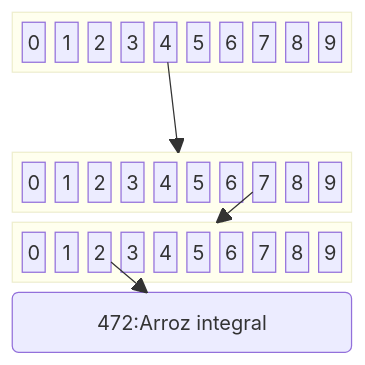
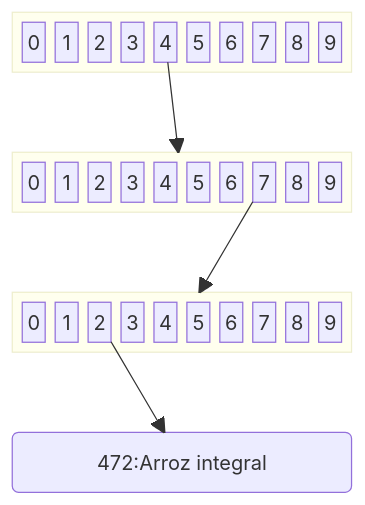
One commit to BenhurUFSM/pod26b changed the first of 2 diagrams in Assuntos/busca-trie.md. Above: the diagram before and after it, drawn with Mermaid. The commit also changed other lines of this file, not shown here.

````diff
--- a/Assuntos/busca-trie.md
+++ b/Assuntos/busca-trie.md
@@ -11,12 +11,14 @@
 ```mermaid
 block
 columns 1
   block:raiz  r0["0"] r1["1"] r2["2"] r3["3"] r4["4"] r5["5"] r6["6"] r7["7"] r8["8"] r9["9"] end
   space
   block:4   4b0["0"] 4b1["1"] 4b2["2"] 4b3["3"] 4b4["4"] 4b5["5"] 4b6["6"] 4b7["7"] 4b8["8"] 4b9["9"] end
+  space
   block:47   47b0["0"] 47b1["1"] 47b2["2"] 47b3["3"] 47b4["4"] 47b5["5"] 47b6["6"] 47b7["7"] 47b8["8"] 47b9["9"] end
+  space
   472("472:Arroz integral")
   r4 --> 4
   4b7 --> 47
   47b2 --> 472
 ```
````
